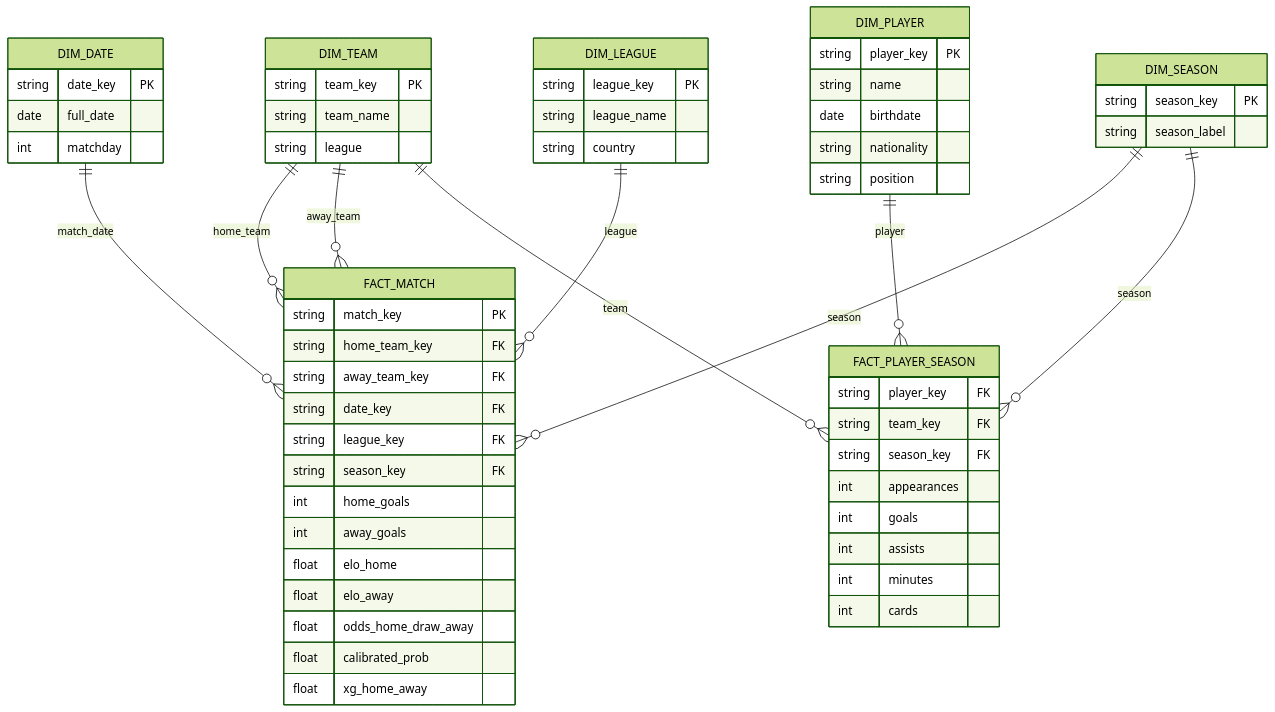
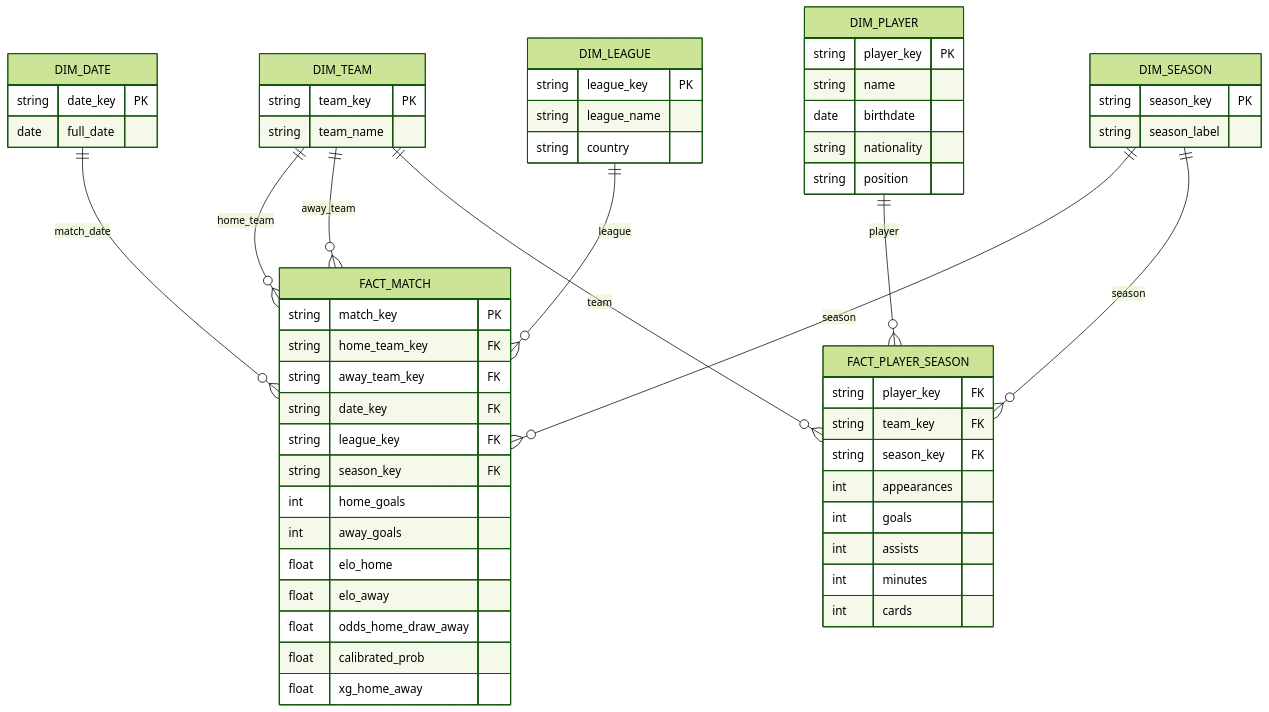
The second of 2 diagrams in README.md (adamwillner/stryktipset-project-databricks), drawn with Mermaid (forest theme) before and after one commit. The commit also changed other lines of this file and 1 other file, not shown here.

````diff
--- a/README.md
+++ b/README.md
@@ -15,64 +17,62 @@
 ```mermaid
 erDiagram
     DIM_TEAM ||--o{ FACT_MATCH : "home_team"
     DIM_TEAM ||--o{ FACT_MATCH : "away_team"
     DIM_DATE ||--o{ FACT_MATCH : "match_date"
     DIM_LEAGUE ||--o{ FACT_MATCH : "league"
     DIM_SEASON ||--o{ FACT_MATCH : "season"
 
     DIM_PLAYER ||--o{ FACT_PLAYER_SEASON : "player"
     DIM_TEAM ||--o{ FACT_PLAYER_SEASON : "team"
     DIM_SEASON ||--o{ FACT_PLAYER_SEASON : "season"
 
     DIM_TEAM {
         string team_key PK
         string team_name
-        string league
     }
     DIM_DATE {
         string date_key PK
         date full_date
-        int matchday
     }
     DIM_LEAGUE {
         string league_key PK
         string league_name
         string country
     }
     DIM_SEASON {
         string season_key PK
         string season_label
     }
     DIM_PLAYER {
         string player_key PK
         string name
         date birthdate
         string nationality
         string position
     }
     FACT_MATCH {
         string match_key PK
         string home_team_key FK
         string away_team_key FK
         string date_key FK
         string league_key FK
         string season_key FK
         int home_goals
         int away_goals
         float elo_home
         float elo_away
         float odds_home_draw_away
         float calibrated_prob
         float xg_home_away
     }
     FACT_PLAYER_SEASON {
         string player_key FK
         string team_key FK
         string season_key FK
         int appearances
         int goals
         int assists
         int minutes
         int cards
     }
 ```
````
